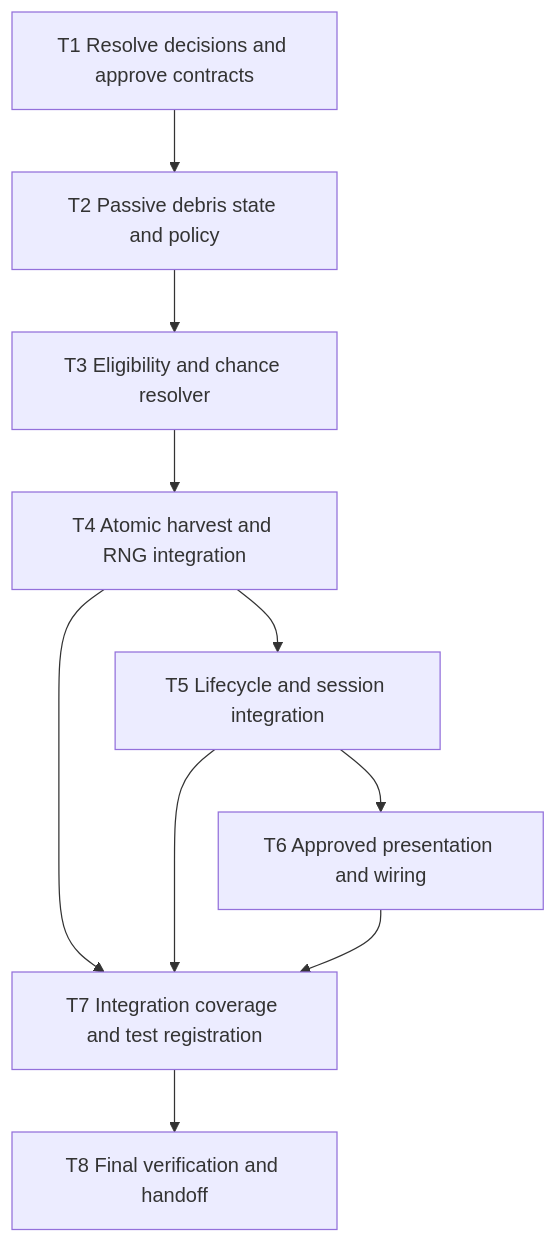
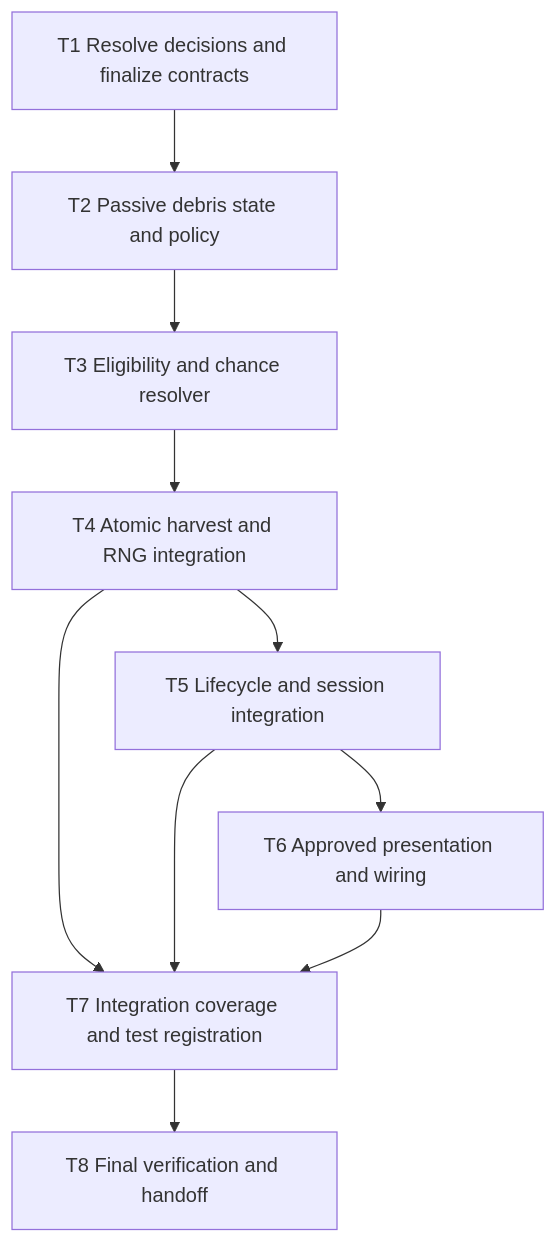
One commit to spatrickjs/test-game-project changed the diagram in .kiro/specs/infected-debris-after-harvest/tasks.md. Above: the diagram before and after it, drawn with Mermaid. The commit also changed other lines of this file and 15 other files, not shown here.

````diff
--- a/.kiro/specs/infected-debris-after-harvest/tasks.md
+++ b/.kiro/specs/infected-debris-after-harvest/tasks.md
@@ -7,20 +17,20 @@
 ```mermaid
 flowchart TD
-    T1["T1 Resolve decisions and approve contracts"]
+    T1["T1 Resolve decisions and finalize contracts"]
     T2["T2 Passive debris state and policy"]
     T3["T3 Eligibility and chance resolver"]
     T4["T4 Atomic harvest and RNG integration"]
     T5["T5 Lifecycle and session integration"]
     T6["T6 Approved presentation and wiring"]
     T7["T7 Integration coverage and test registration"]
     T8["T8 Final verification and handoff"]
     T1 --> T2
     T2 --> T3
     T3 --> T4
     T4 --> T5
     T5 --> T6
     T4 --> T7
     T5 --> T7
     T6 --> T7
     T7 --> T8
 ```
````
